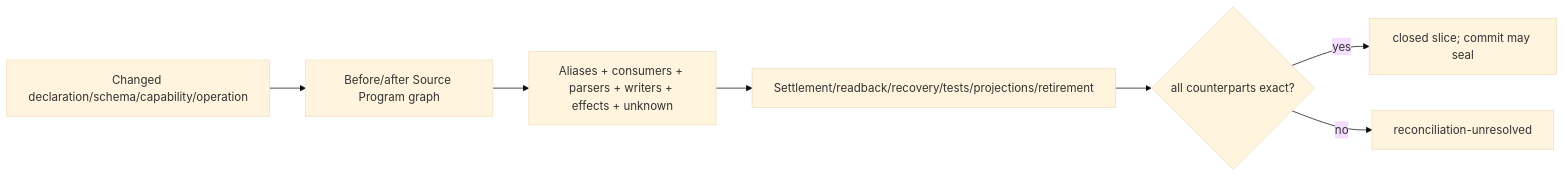
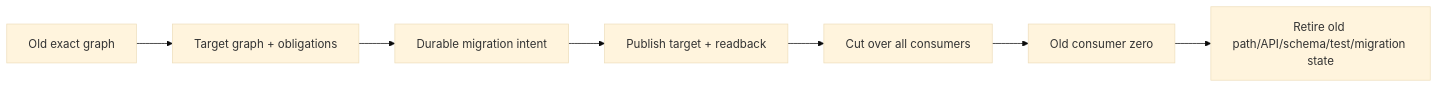
One commit to sec-platform/sec changed the tenth of 14 diagrams in docs/system-architecture.md. Above: the diagram before and after it, drawn with Mermaid (base theme). The commit also changed other lines of this file and 14 other files, not shown here.

````diff
--- a/docs/system-architecture.md
+++ b/docs/system-architecture.md
@@ -331,9 +627,9 @@
 ```mermaid
 flowchart LR
-  D[Changed declaration/schema/capability/operation] --> G[Before/after Source Program graph]
-  G --> C[Aliases + consumers + parsers + writers + effects + unknown]
-  C --> R[Settlement/readback/recovery/tests/projections/retirement]
-  R --> Q{all counterparts exact?}
-  Q -->|yes| T[closed slice; commit may seal]
-  Q -->|no| U[reconciliation-unresolved]
+  O[Old exact graph] --> P[Target graph + obligations]
+  P --> M[Durable migration intent]
+  M --> N[Publish target + readback]
+  N --> C[Cut over all consumers]
+  C --> Z[Old consumer zero]
+  Z --> R[Retire old path/API/schema/test/migration state]
 ```
````
